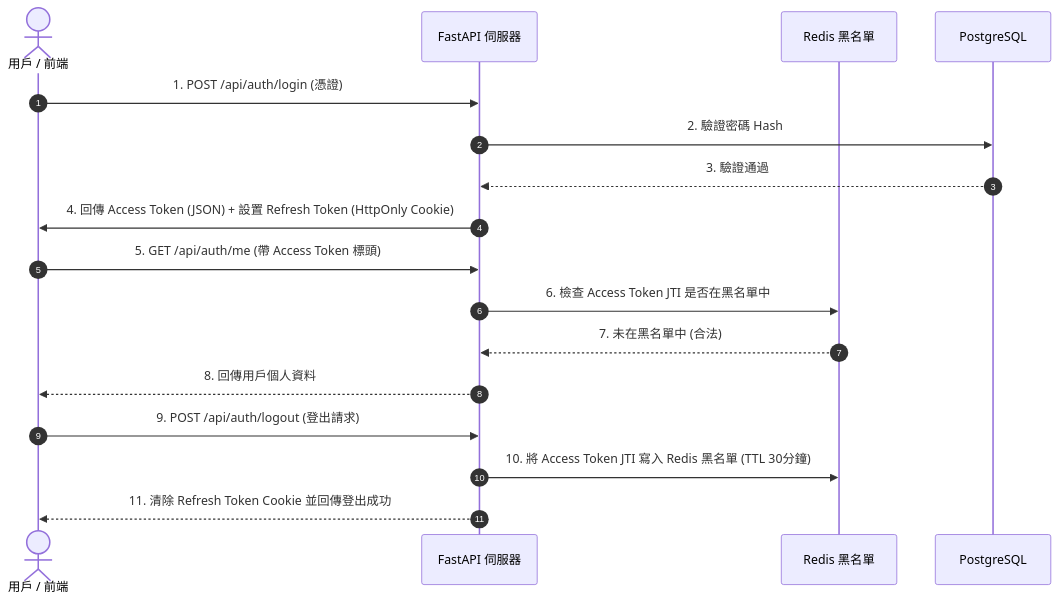
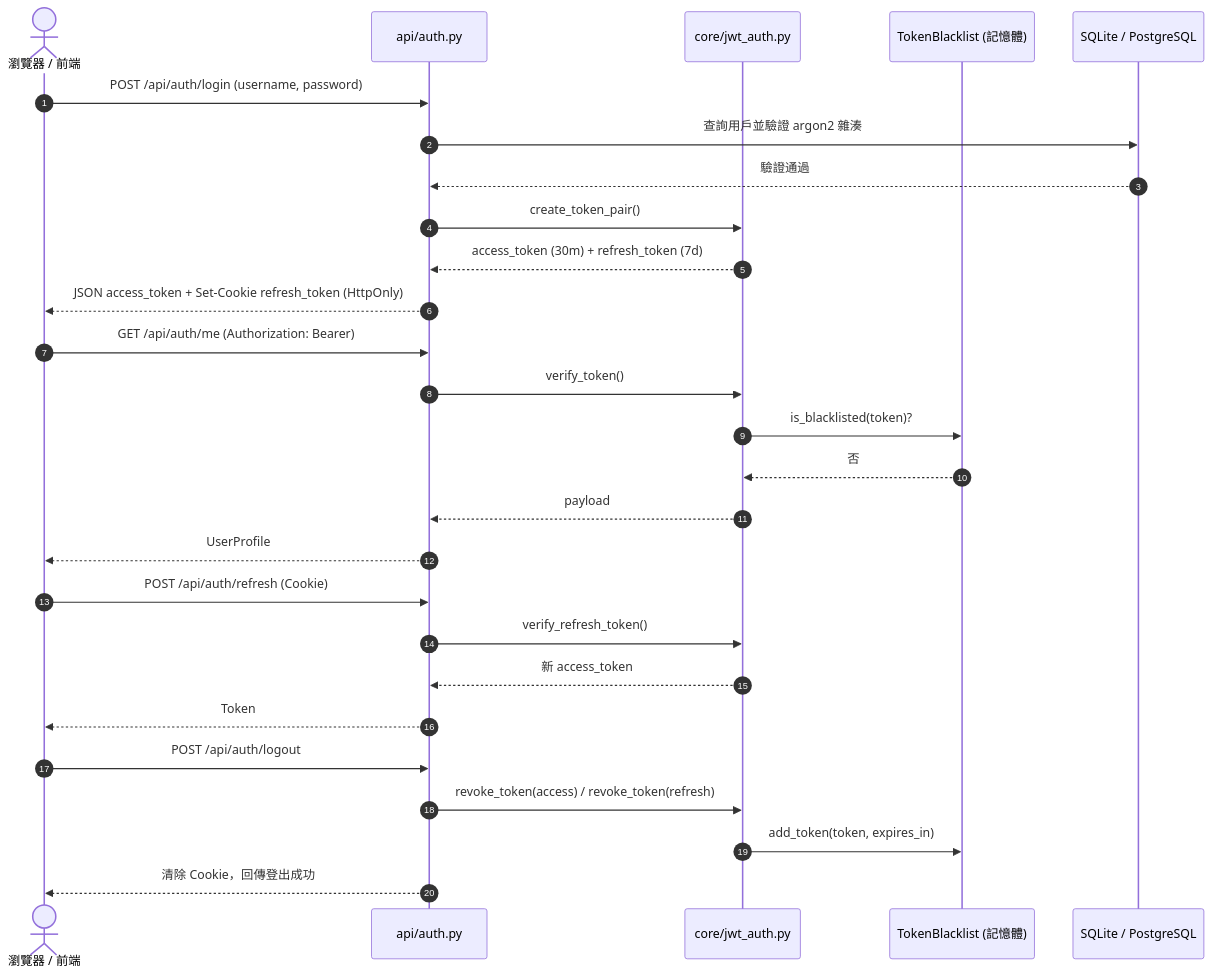
One commit to Scorpio-meow/AI-CB changed the third of 7 diagrams in docs/architecture.md. Above: the diagram before and after it, drawn with Mermaid. The commit also changed other lines of this file and 16 other files, not shown here.

First line of the commit message:
docs: 架構文件對齊 2.x 現況並新增 ADR-0002 路線圖與 CLAUDE.md

````diff
--- a/docs/architecture.md
+++ b/docs/architecture.md
@@ -88,22 +150,33 @@
 ```mermaid
 sequenceDiagram
     autonumber
-    actor User as 用戶 / 前端
-    participant API as FastAPI 伺服器
-    participant Redis as Redis 黑名單
-    participant DB as PostgreSQL
+    actor Browser as 瀏覽器 / 前端
+    participant Auth as api/auth.py
+    participant JWT as core/jwt_auth.py
+    participant BL as TokenBlacklist (記憶體)
+    participant DB as SQLite / PostgreSQL
 
-    User->>API: 1. POST /api/auth/login (憑證)
-    API->>DB: 2. 驗證密碼 Hash
-    DB-->>API: 3. 驗證通過
-    API->>User: 4. 回傳 Access Token (JSON) + 設置 Refresh Token (HttpOnly Cookie)
+    Browser->>Auth: POST /api/auth/login (username, password)
+    Auth->>DB: 查詢用戶並驗證 argon2 雜湊
+    DB-->>Auth: 驗證通過
+    Auth->>JWT: create_token_pair()
+    JWT-->>Auth: access_token (30m) + refresh_token (7d)
+    Auth-->>Browser: JSON access_token + Set-Cookie refresh_token (HttpOnly)
 
-    User->>API: 5. GET /api/auth/me (帶 Access Token 標頭)
-    API->>Redis: 6. 檢查 Access Token JTI 是否在黑名單中
-    Redis-->>API: 7. 未在黑名單中 (合法)
-    API-->>User: 8. 回傳用戶個人資料
+    Browser->>Auth: GET /api/auth/me (Authorization: Bearer)
+    Auth->>JWT: verify_token()
+    JWT->>BL: is_blacklisted(token)?
+    BL-->>JWT: 否
+    JWT-->>Auth: payload
+    Auth-->>Browser: UserProfile
 
-    User->>API: 9. POST /api/auth/logout (登出請求)
-    API->>Redis: 10. 將 Access Token JTI 寫入 Redis 黑名單 (TTL 30分鐘)
-    API-->>User: 11. 清除 Refresh Token Cookie 並回傳登出成功
+    Browser->>Auth: POST /api/auth/refresh (Cookie)
+    Auth->>JWT: verify_refresh_token()
+    JWT-->>Auth: 新 access_token
+    Auth-->>Browser: Token
+
+    Browser->>Auth: POST /api/auth/logout
+    Auth->>JWT: revoke_token(access) / revoke_token(refresh)
+    JWT->>BL: add_token(token, expires_in)
+    Auth-->>Browser: 清除 Cookie，回傳登出成功
 ```
````
